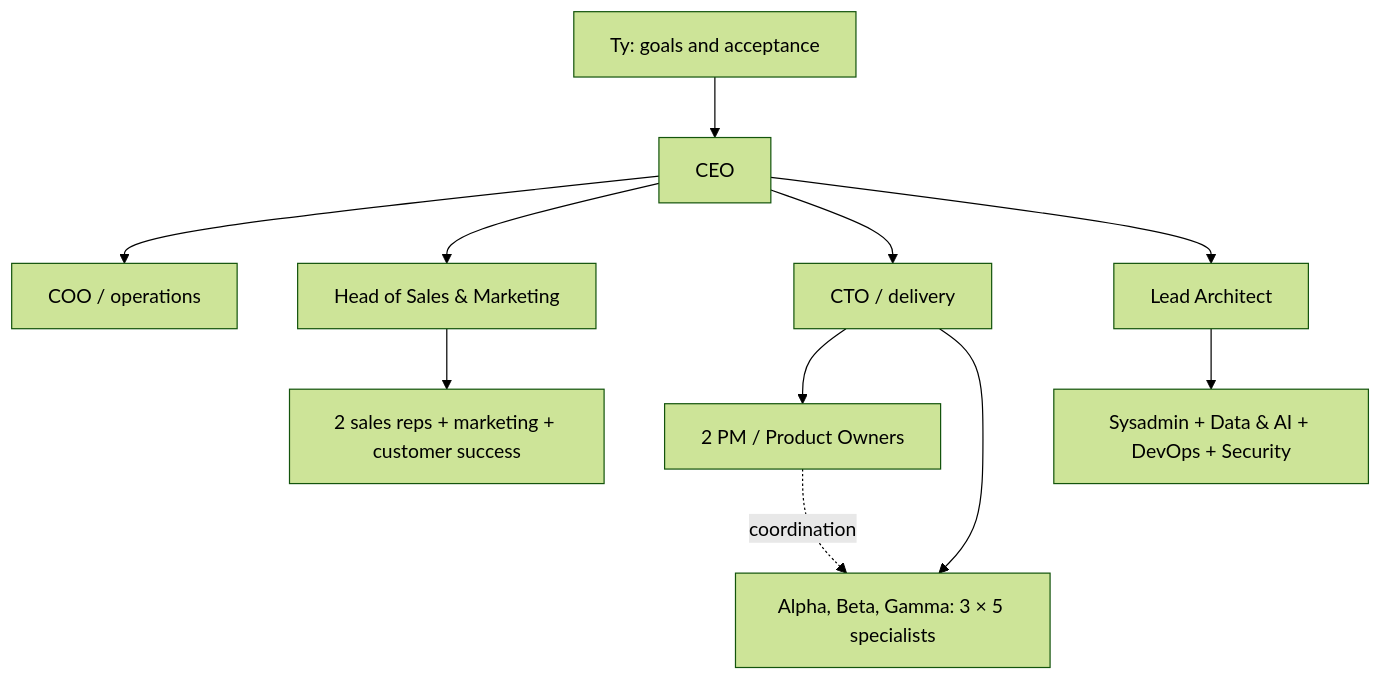
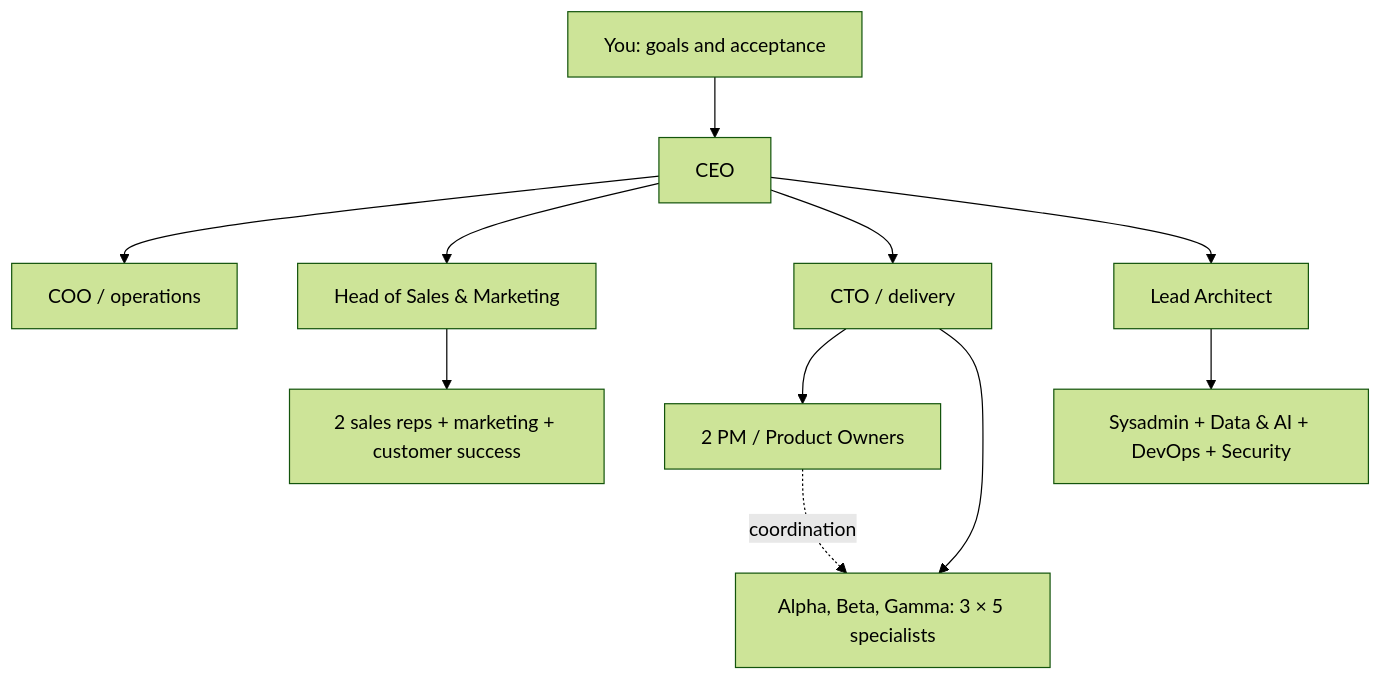
One commit to RulezZzOr/miner changed the diagram in studio/templates/README.md. Above: the diagram before and after it, drawn with Mermaid (forest theme). The commit also changed 4 other files, not shown here.

````diff
--- a/studio/templates/README.md
+++ b/studio/templates/README.md
@@ -27,13 +27,13 @@
 ```mermaid
 flowchart TD
-  Owner[Ty: goals and acceptance] --> CEO[CEO]
+  Owner[You: goals and acceptance] --> CEO[CEO]
   CEO --> COO[COO / operations]
   CEO --> Growth[Head of Sales & Marketing]
   CEO --> CTO[CTO / delivery]
   CEO --> Architect[Lead Architect]
   Growth --> Sales[2 sales reps + marketing + customer success]
   CTO --> PM[2 PM / Product Owners]
   CTO --> Squads[Alpha, Beta, Gamma: 3 × 5 specialists]
   PM -. coordination .-> Squads
   Architect --> Platform[Sysadmin + Data & AI + DevOps + Security]
 ```
````
